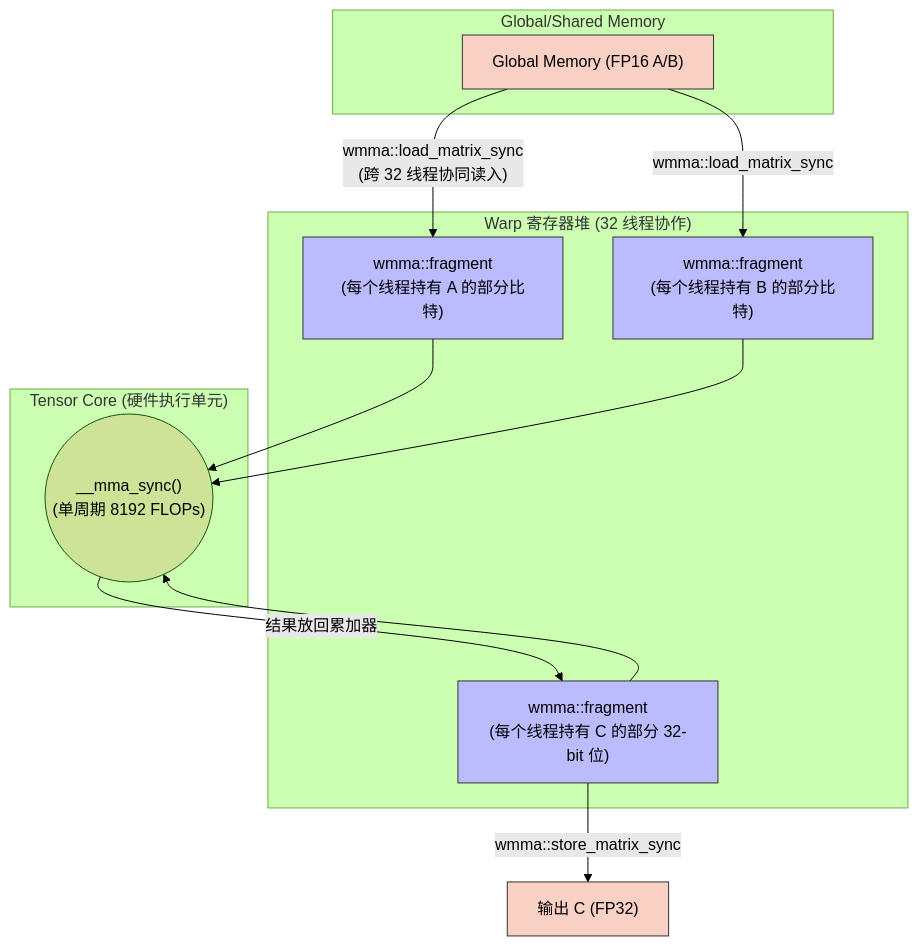
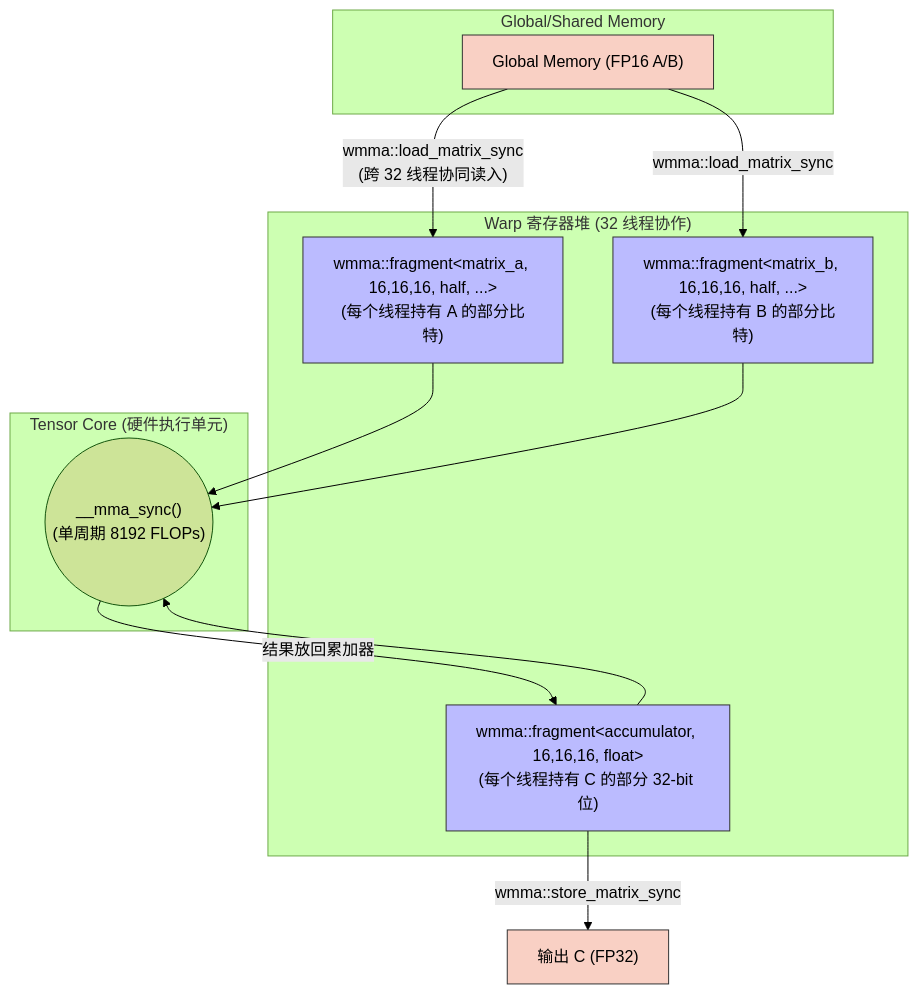
The first of 2 diagrams in 09_Tensor_Core/README.md (psmarter/CUDA-Practice), drawn with Mermaid (forest theme) before and after one commit. The commit also changed 4 other files, not shown here.

Commit message:
fix: escape angle brackets in Mermaid blocks; fix display math blank lines in 02_Reduction

````diff
--- a/09_Tensor_Core/README.md
+++ b/09_Tensor_Core/README.md
@@ -45,26 +45,26 @@
 ```mermaid
 graph TD
     classDef hbm fill:#f9d0c4,stroke:#333;
     classDef sram fill:#fcf1c8,stroke:#333;
     classDef reg fill:#bbf,stroke:#333;
 
     subgraph "Global/Shared Memory"
         GM["Global Memory (FP16 A/B)"]:::hbm
     end
 
     subgraph "Warp 寄存器堆 (32 线程协作)"
-        FragA["wmma::fragment<matrix_a, 16,16,16, half, ...>\n(每个线程持有 A 的部分比特)"]:::reg
-        FragB["wmma::fragment<matrix_b, 16,16,16, half, ...>\n(每个线程持有 B 的部分比特)"]:::reg
-        FragC["wmma::fragment<accumulator, 16,16,16, float>\n(每个线程持有 C 的部分 32-bit 位)"]:::reg
+        FragA["wmma::fragment&lt;matrix_a, 16,16,16, half, ...&gt;\n(每个线程持有 A 的部分比特)"]:::reg
+        FragB["wmma::fragment&lt;matrix_b, 16,16,16, half, ...&gt;\n(每个线程持有 B 的部分比特)"]:::reg
+        FragC["wmma::fragment&lt;accumulator, 16,16,16, float&gt;\n(每个线程持有 C 的部分 32-bit 位)"]:::reg
     end
 
     subgraph "Tensor Core (硬件执行单元)"
         TC(("__mma_sync()\n(单周期 8192 FLOPs)"))
     end
 
     GM --> |"wmma::load_matrix_sync\n(跨 32 线程协同读入)"| FragA
     GM --> |"wmma::load_matrix_sync"| FragB
     FragA & FragB & FragC --> TC
     TC --> |"结果放回累加器"| FragC
     FragC --> |"wmma::store_matrix_sync"| OUT["输出 C (FP32)"]:::hbm
 ```
````
